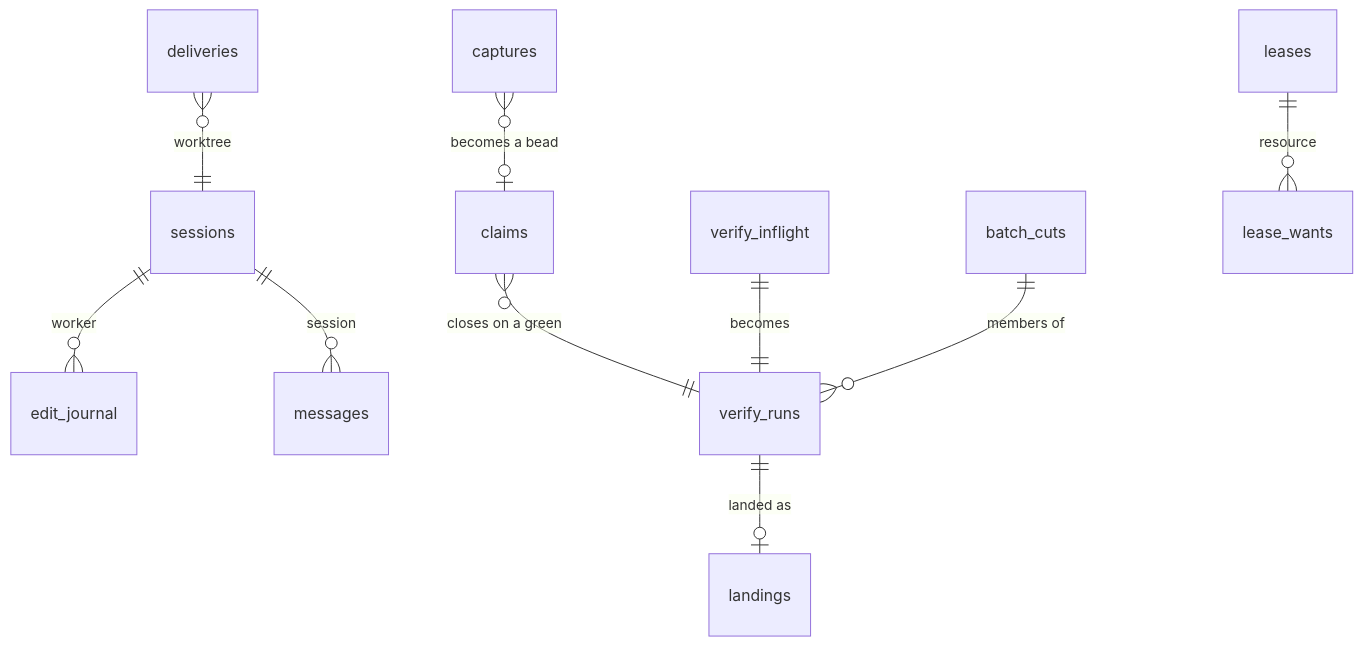
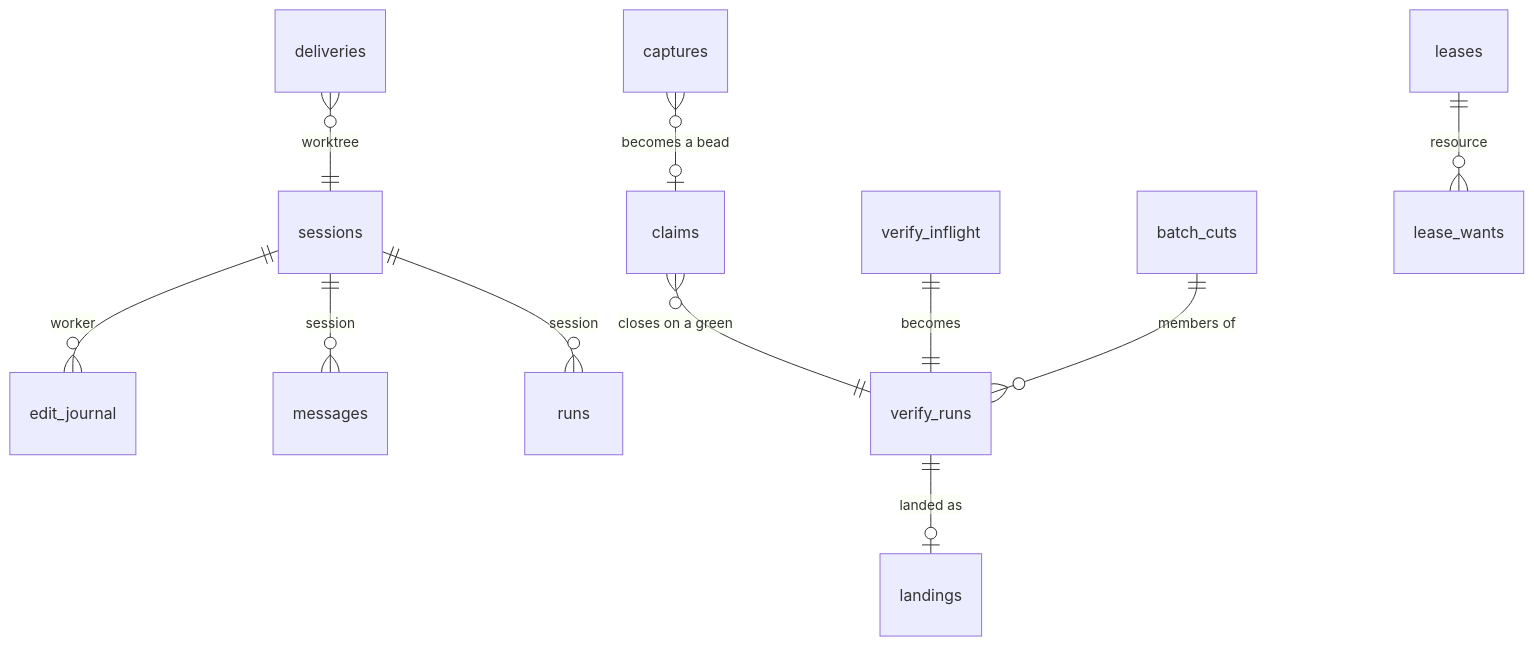
One commit to AJTJ/airunner changed the second of 8 diagrams in docs/design.md. Above: the diagram before and after it, drawn with Mermaid. The commit also changed other lines of this file and 8 other files, not shown here.

````diff
--- a/docs/design.md
+++ b/docs/design.md
@@ -211,12 +211,13 @@
 ```mermaid
 erDiagram
   sessions ||--o{ edit_journal : "worker"
   sessions ||--o{ messages : "session"
   claims }o--|| verify_runs : "closes on a green"
   verify_runs ||--o| landings : "landed as"
   verify_inflight ||--|| verify_runs : "becomes"
   batch_cuts ||--o{ verify_runs : "members of"
   captures }o--o| claims : "becomes a bead"
   leases ||--o{ lease_wants : "resource"
   deliveries }o--|| sessions : "worktree"
+  sessions ||--o{ runs : "session"
 ```
````
